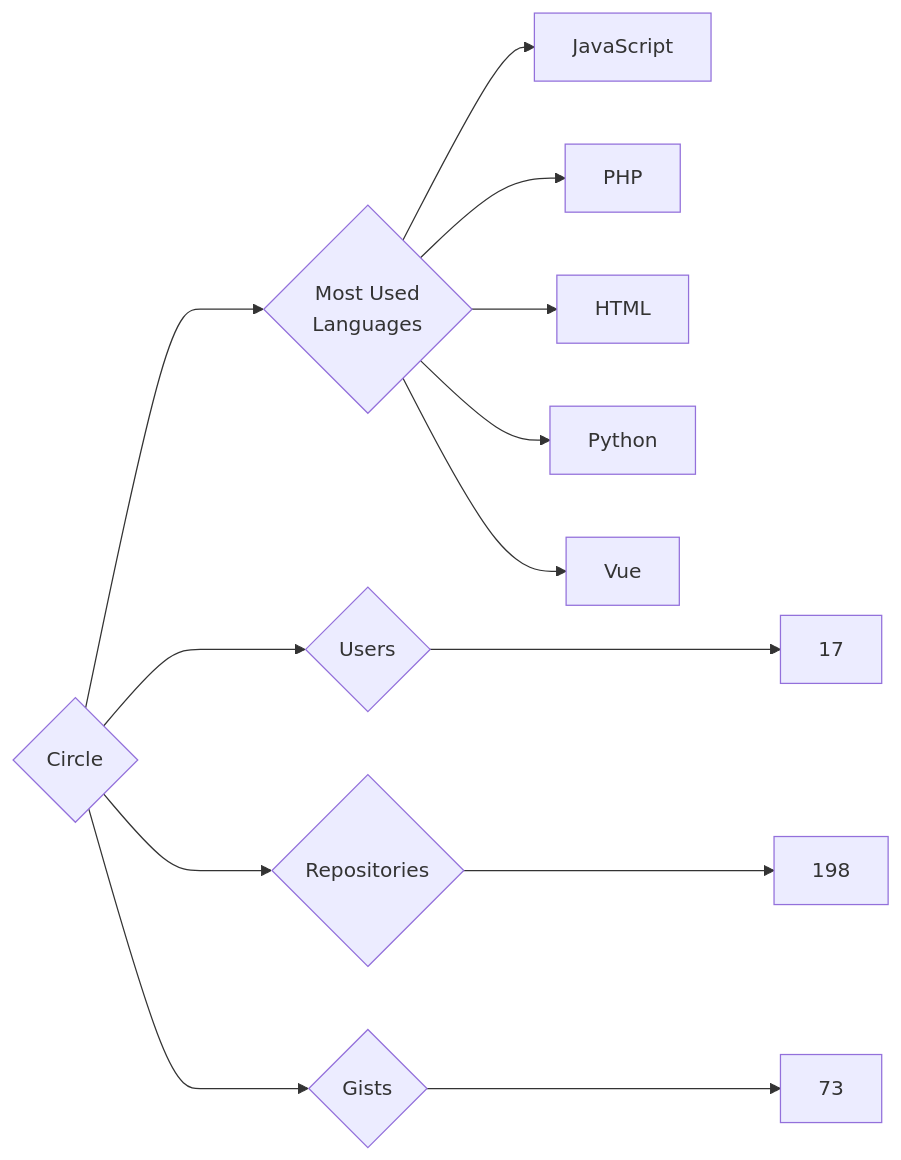
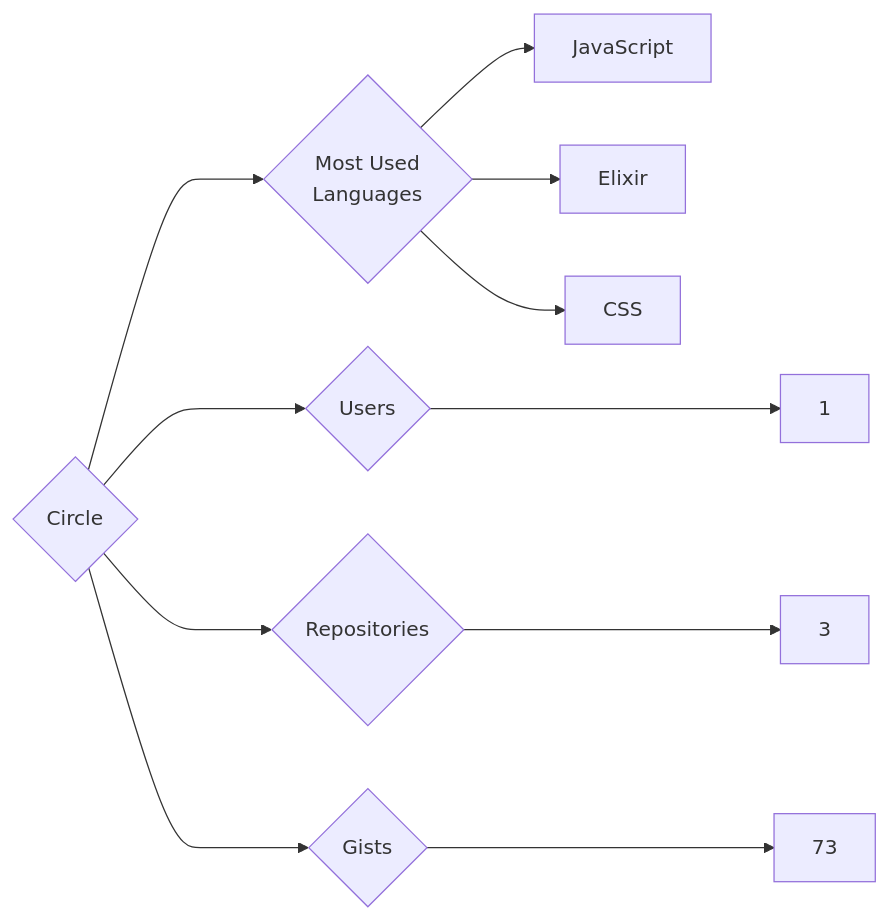
Before and after one commit to trickest/insiders: the diagram in targets/Circle/README.md, drawn with Mermaid. The commit also changed 823 other files, not shown here.

````diff
--- a/targets/Circle/README.md
+++ b/targets/Circle/README.md
@@ -3,13 +3,11 @@
 ```mermaid
 graph LR
 COMPANY_NAME{Circle}
-COMPANY_NAME ---> U{Users} ---> UN[17]
-COMPANY_NAME ---> R{Repositories} ---> RN[198]
+COMPANY_NAME ---> U{Users} ---> UN[1]
+COMPANY_NAME ---> R{Repositories} ---> RN[3]
 COMPANY_NAME ---> G{Gists} ---> GN[73]
 COMPANY_NAME ---> ML{Most Used<br>Languages}
 ML --> JavaScript[JavaScript]
-ML --> PHP[PHP]
-ML --> HTML[HTML]
-ML --> Python[Python]
-ML --> Vue[Vue]
+ML --> Elixir[Elixir]
+ML --> CSS[CSS]
 ```
````
